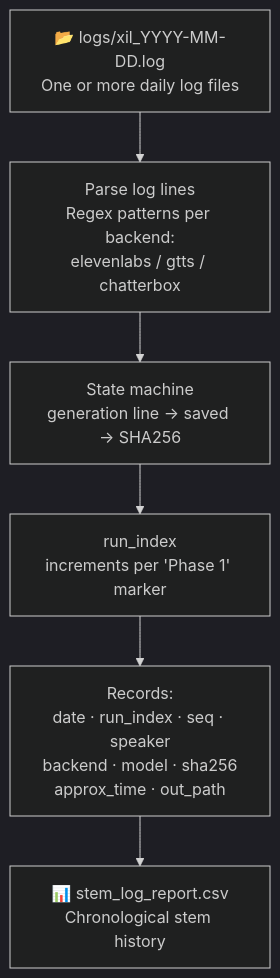
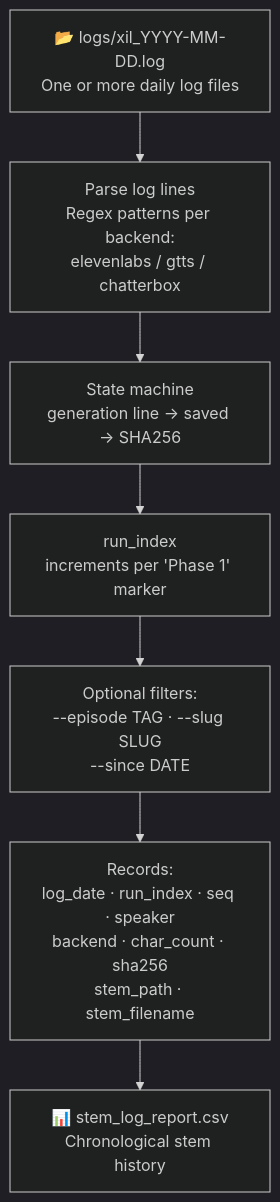
One commit to xilcmd/xil-pipeline changed diagram 17 of 22 in docs/pipeline.md. Above: the diagram before and after it, drawn with Mermaid (dark theme). The commit also changed other lines of this file and 4 other files, not shown here.

First line of the commit message:
feat(XILU008): add --episode and --slug filter args to xil-stem-log

````diff
--- a/docs/pipeline.md
+++ b/docs/pipeline.md
@@ -1075,20 +1076,23 @@
 ```mermaid
 flowchart TD
     LOGS["`📂 logs/xil_YYYY-MM-DD.log
     One or more daily log files`"]
     PARSE["`Parse log lines
     Regex patterns per backend:
     elevenlabs / gtts / chatterbox`"]
     STATE["`State machine
     generation line → saved → SHA256`"]
     RUNIDX["`run_index
     increments per 'Phase 1' marker`"]
+    FILTER["`Optional filters:
+    --episode TAG · --slug SLUG
+    --since DATE`"]
     RECORDS["`Records:
-    date · run_index · seq · speaker
-    backend · model · sha256
-    approx_time · out_path`"]
+    log_date · run_index · seq · speaker
+    backend · char_count · sha256
+    stem_path · stem_filename`"]
     CSV["`📊 stem_log_report.csv
     Chronological stem history`"]
 
-    LOGS --> PARSE --> STATE --> RUNIDX --> RECORDS --> CSV
+    LOGS --> PARSE --> STATE --> RUNIDX --> FILTER --> RECORDS --> CSV
 ```
````
